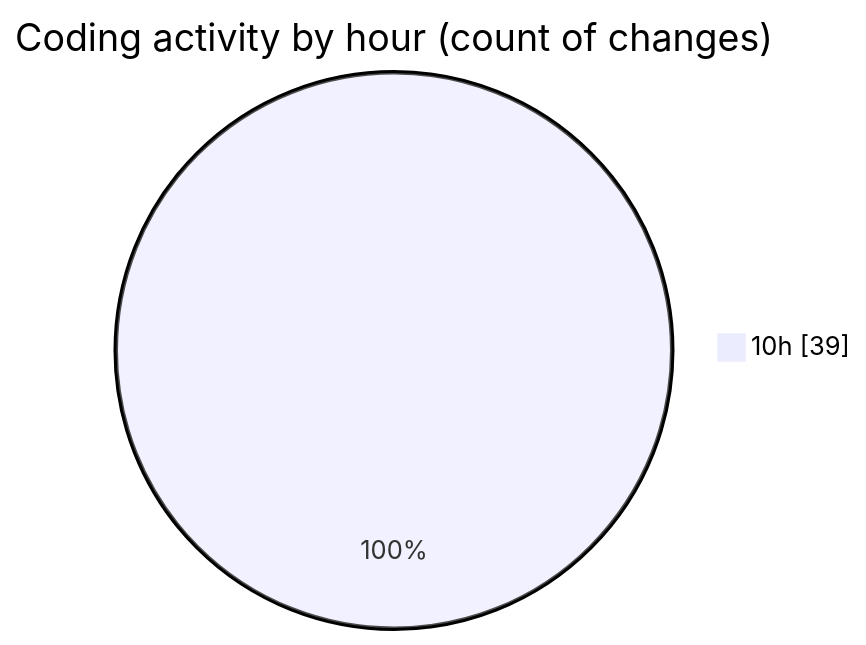
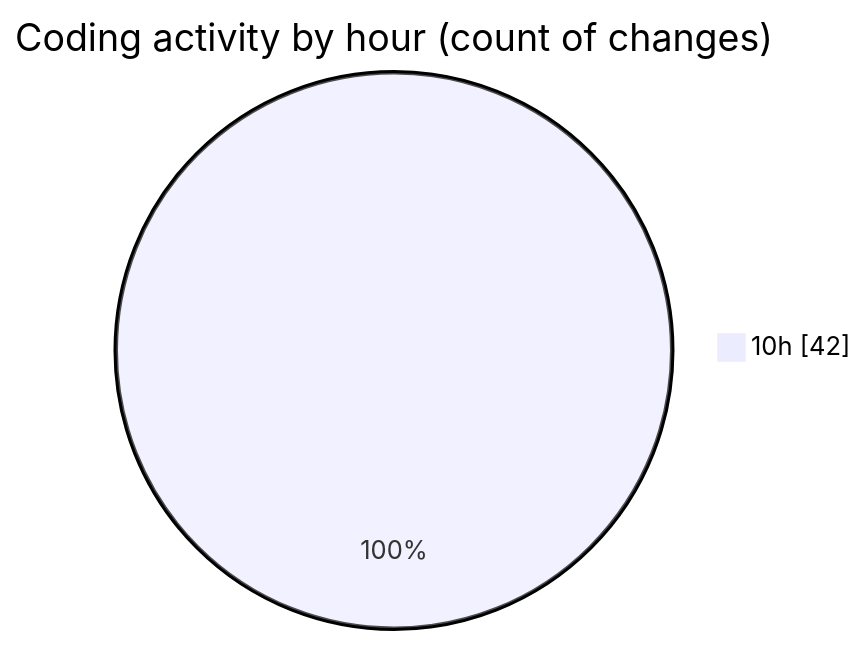
The second of 2 diagrams in 2025-10-29/cda/README.md (momahboobian/code-tracking), drawn with Mermaid before and after one commit. The commit also changed other lines of this file and 1 other file, not shown here.

````diff
--- a/2025-10-29/cda/README.md
+++ b/2025-10-29/cda/README.md
@@ -44,5 +45,5 @@
 ```mermaid
 pie showData
 title Coding activity by hour (count of changes)
-"10h" : 39
+"10h" : 42
 ```
````
